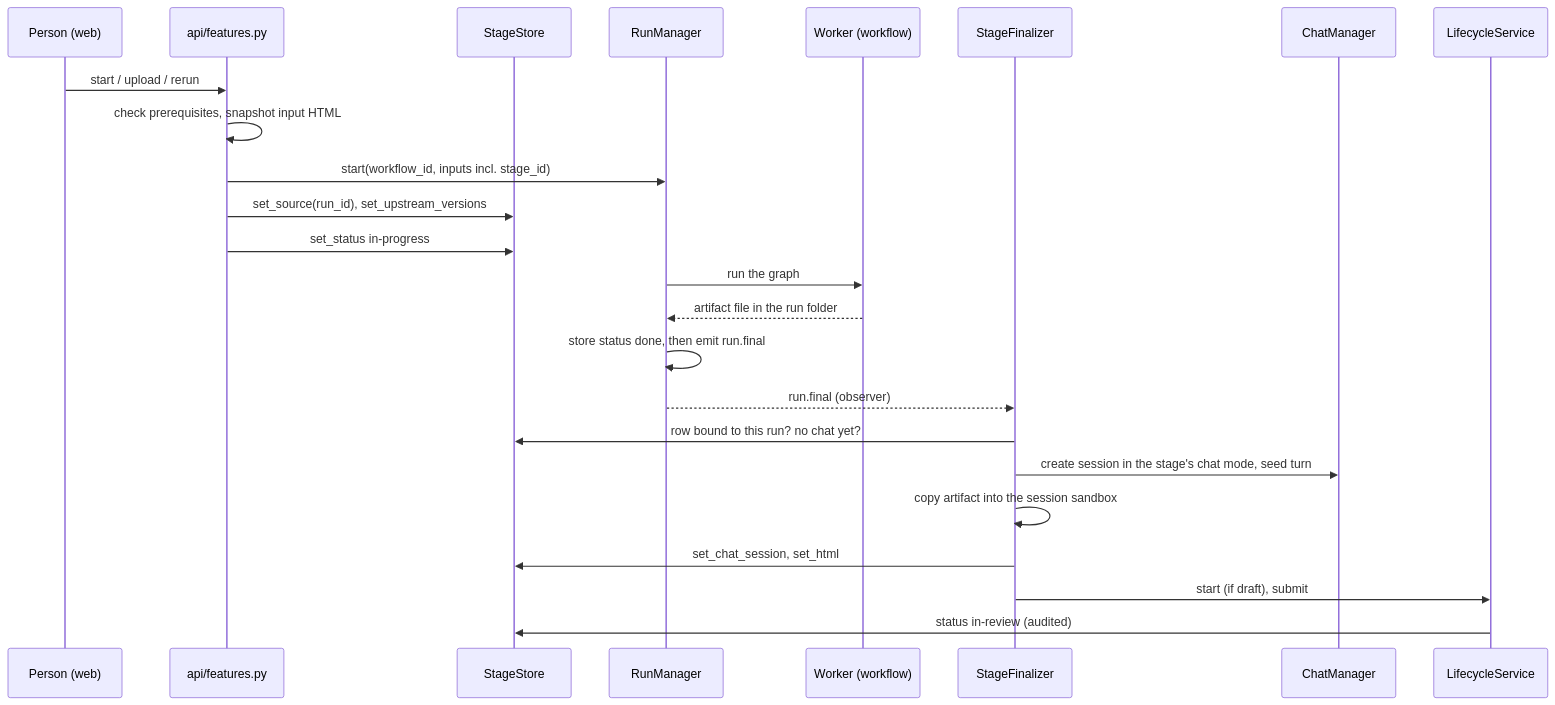
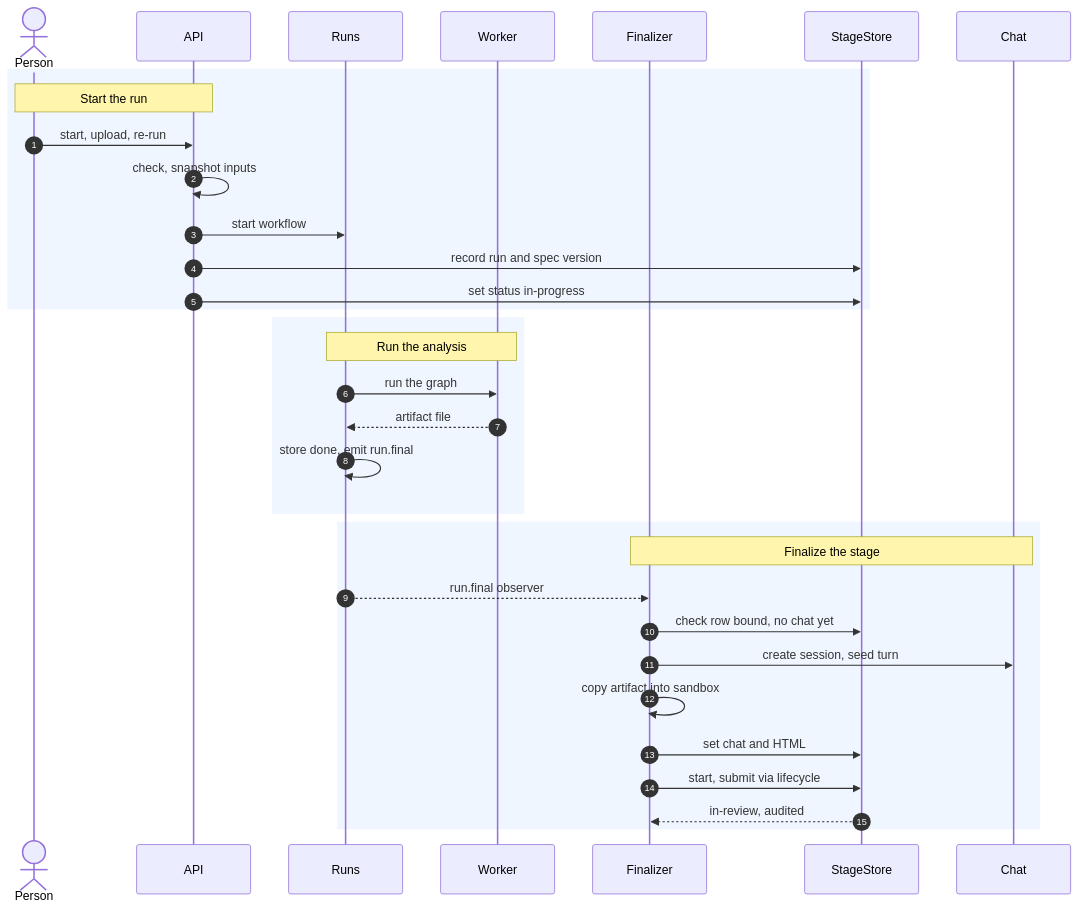
The fourth of 5 diagrams in genesis/architecture/modules/features-and-stages.md (ram-020998/project-tracker), drawn with Mermaid before and after one commit. The commit also changed other lines of this file and 24 other files, not shown here.

First line of the commit message:
architecture: rewrite all 86 Mermaid diagrams to one C4 style, each render-checked

````diff
--- a/genesis/architecture/modules/features-and-stages.md
+++ b/genesis/architecture/modules/features-and-stages.md
@@ -327,26 +356,35 @@
 ```mermaid
 sequenceDiagram
-    participant U as Person (web)
-    participant A as api/features.py
+    autonumber
+    actor U as Person
+    participant A as API
+    participant R as Runs
+    participant W as Worker
+    participant F as Finalizer
     participant S as StageStore
-    participant R as RunManager
-    participant W as Worker (workflow)
-    participant F as StageFinalizer
-    participant C as ChatManager
-    participant L as LifecycleService
-    U->>A: start / upload / rerun
-    A->>A: check prerequisites, snapshot input HTML
-    A->>R: start(workflow_id, inputs incl. stage_id)
-    A->>S: set_source(run_id), set_upstream_versions
-    A->>S: set_status in-progress
+    participant C as Chat
+    rect rgb(240, 246, 255)
+    Note over U,A: Start the run
+    U->>A: start, upload, re-run
+    A->>A: check, snapshot inputs
+    A->>R: start workflow
+    A->>S: record run and spec version
+    A->>S: set status in-progress
+    end
+    rect rgb(240, 246, 255)
+    Note over R,W: Run the analysis
     R->>W: run the graph
-    W-->>R: artifact file in the run folder
-    R->>R: store status done, then emit run.final
-    R-->>F: run.final (observer)
-    F->>S: row bound to this run? no chat yet?
-    F->>C: create session in the stage's chat mode, seed turn
-    F->>F: copy artifact into the session sandbox
-    F->>S: set_chat_session, set_html
-    F->>L: start (if draft), submit
-    L->>S: status in-review (audited)
+    W-->>R: artifact file
+    R->>R: store done, emit run.final
+    end
+    rect rgb(240, 246, 255)
+    Note over F,C: Finalize the stage
+    R-->>F: run.final observer
+    F->>S: check row bound, no chat yet
+    F->>C: create session, seed turn
+    F->>F: copy artifact into sandbox
+    F->>S: set chat and HTML
+    F->>S: start, submit via lifecycle
+    S-->>F: in-review, audited
+    end
 ```
````
